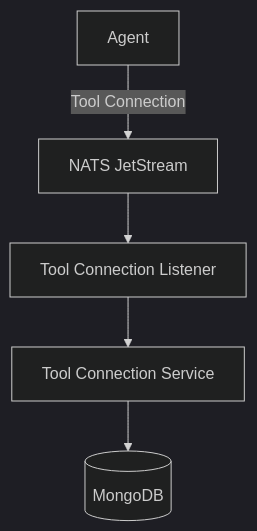
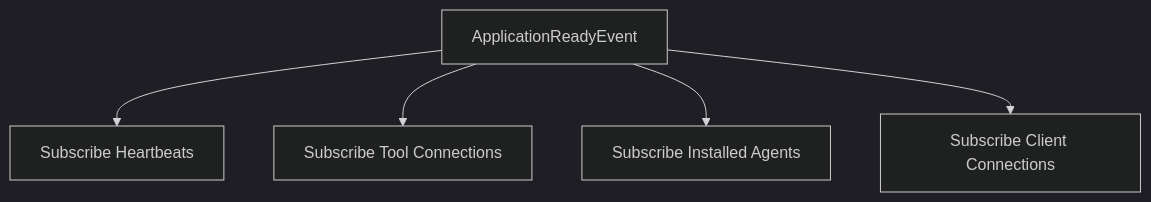
One commit to Praesto-Pro/openframe-oss-tenant changed the seventh of 7 diagrams in docs/architecture/client-service-core/client-service-core.md. Above: the diagram before and after it, drawn with Mermaid (dark theme). The commit also changed other lines of this file and 214 other files, not shown here.

````diff
--- a/docs/architecture/client-service-core/client-service-core.md
+++ b/docs/architecture/client-service-core/client-service-core.md
@@ -233,7 +310,7 @@
 ```mermaid
 flowchart TD
-    Agent["Agent"] -->|"Tool Connection"| NATS["NATS JetStream"]
-    NATS --> ToolListener["Tool Connection Listener"]
-    ToolListener --> ToolConnectionService["Tool Connection Service"]
-    ToolConnectionService --> Mongo[("MongoDB")]
+    Start["ApplicationReadyEvent"] --> SubscribeHB["Subscribe Heartbeats"]
+    Start --> SubscribeTool["Subscribe Tool Connections"]
+    Start --> SubscribeInstalled["Subscribe Installed Agents"]
+    Start --> SubscribeConn["Subscribe Client Connections"]
 ```
````
